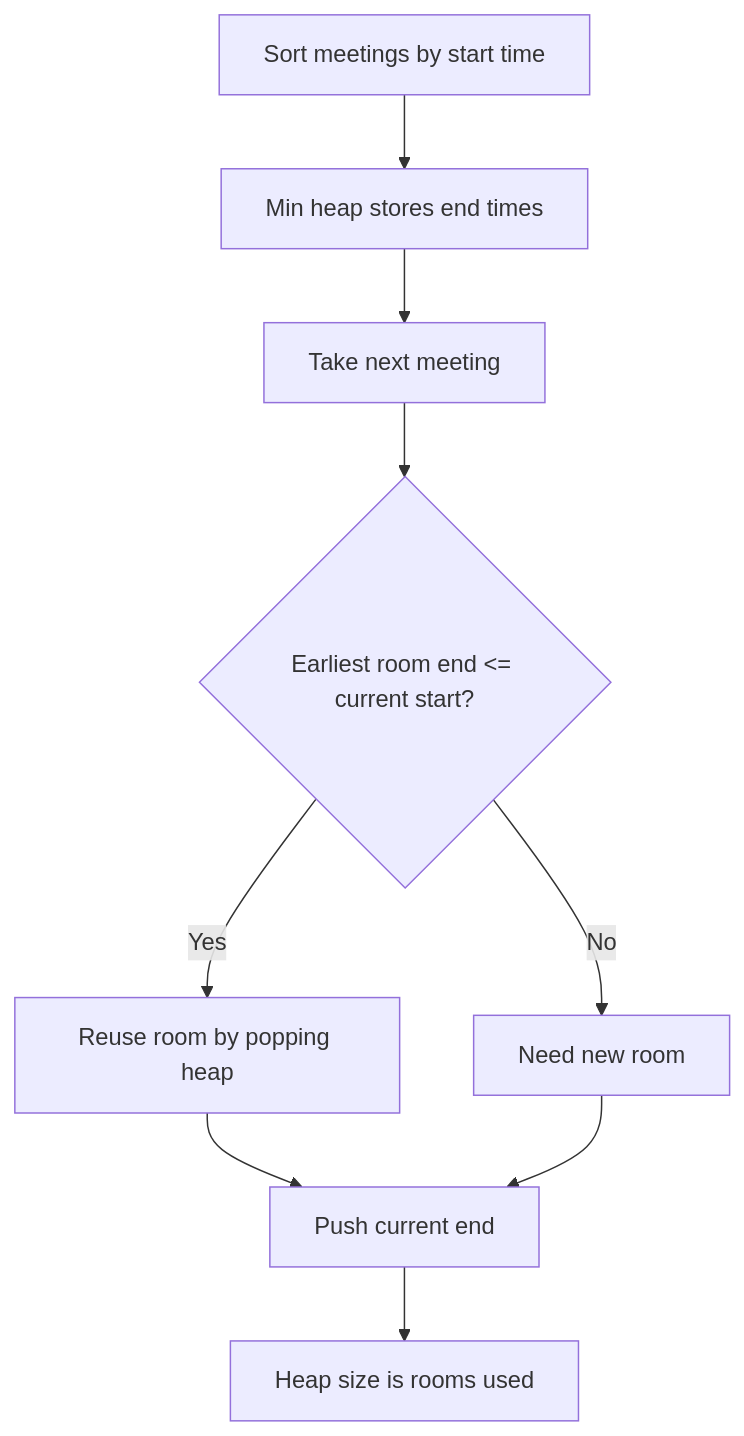
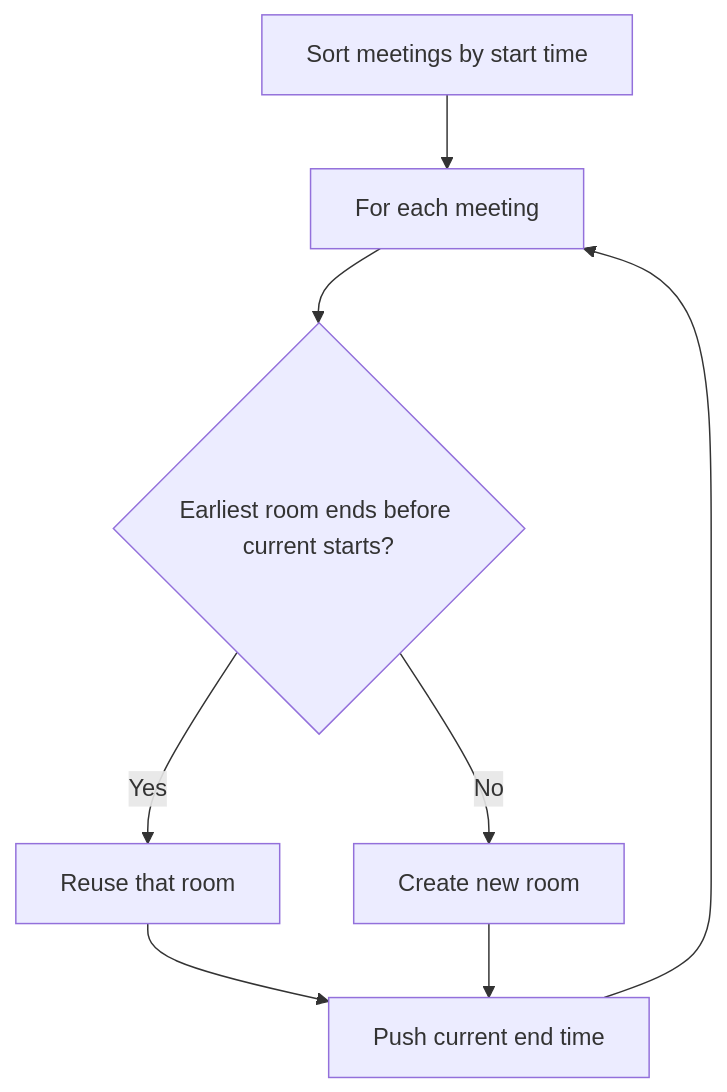
One commit to mthaiseer/springcloud-systemdesign-notes changed the tenth of 22 diagrams in CP_DSA_NOTES/CONCEPT_FRAMEWORK_FORMS_TATICS/010_GREEDY_CFFT.md. Above: the diagram before and after it, drawn with Mermaid. The commit also changed other lines of this file and 1 other file, not shown here.

````diff
--- a/CP_DSA_NOTES/CONCEPT_FRAMEWORK_FORMS_TATICS/010_GREEDY_CFFT.md
+++ b/CP_DSA_NOTES/CONCEPT_FRAMEWORK_FORMS_TATICS/010_GREEDY_CFFT.md
@@ -422,11 +563,10 @@
 ```mermaid
 flowchart TD
-    A[Sort meetings by start time] --> B[Min heap stores end times]
-    B --> C[Take next meeting]
-    C --> D{Earliest room end <= current start?}
-    D -->|Yes| E[Reuse room by popping heap]
-    D -->|No| F[Need new room]
-    E --> G[Push current end]
-    F --> G
-    G --> H[Heap size is rooms used]
+    A[Sort meetings by start time] --> B[For each meeting]
+    B --> C{Earliest room ends before current starts?}
+    C -->|Yes| D[Reuse that room]
+    C -->|No| E[Create new room]
+    D --> F[Push current end time]
+    E --> F
+    F --> B
 ```
````
